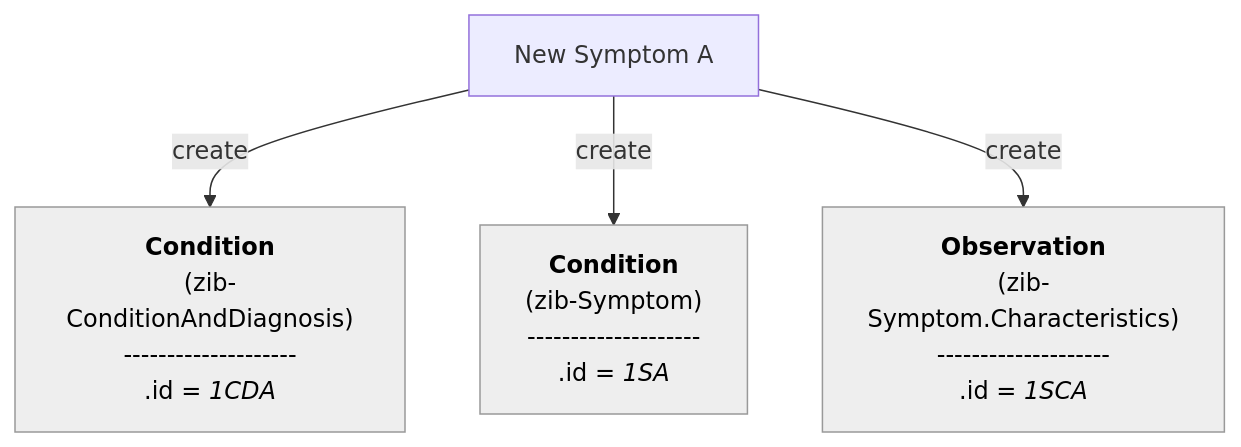
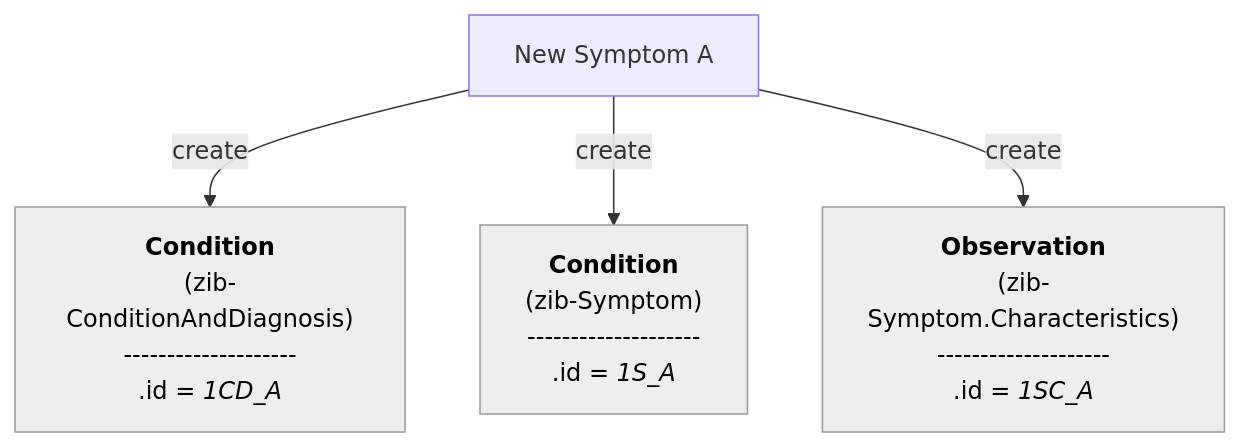
Before and after one commit to Nictiz/Nictiz-R4-zib2024: the third of 16 diagrams in documentation/Condition-Diagnosis-Symptom.md, drawn with Mermaid. The commit also changed other lines of this file, not shown here.

````diff
--- a/documentation/Condition-Diagnosis-Symptom.md
+++ b/documentation/Condition-Diagnosis-Symptom.md
@@ -131,29 +132,29 @@
 ```mermaid
 flowchart TB
 
 NewSymptom_A["`New Symptom A`"]
 
     CD_A["`**Condition**
         (zib-ConditionAndDiagnosis)
         --------------------
-        .id = _1CDA_`"] 
+        .id = _1CD_A_`"] 
 
     S_A["`**Condition**
         (zib-Symptom)
         --------------------
-        .id = _1SA_`"]
+        .id = _1S_A_`"]
 
     SC_A["`**Observation**
         (zib-Symptom.Characteristics)
         --------------------
-        .id = _1SCA_`"]    
+        .id = _1SC_A_`"]    
 
     CD_A:::Ash
     S_A:::Ash
     SC_A:::Ash
     classDef Ash stroke-width:1px, stroke-dasharray:none, stroke:#999999, fill:#EEEEEE, color:#000000 
 
 NewSymptom_A -- create --> CD_A
 NewSymptom_A -- create --> S_A
 NewSymptom_A -- create --> SC_A
 ```
````
